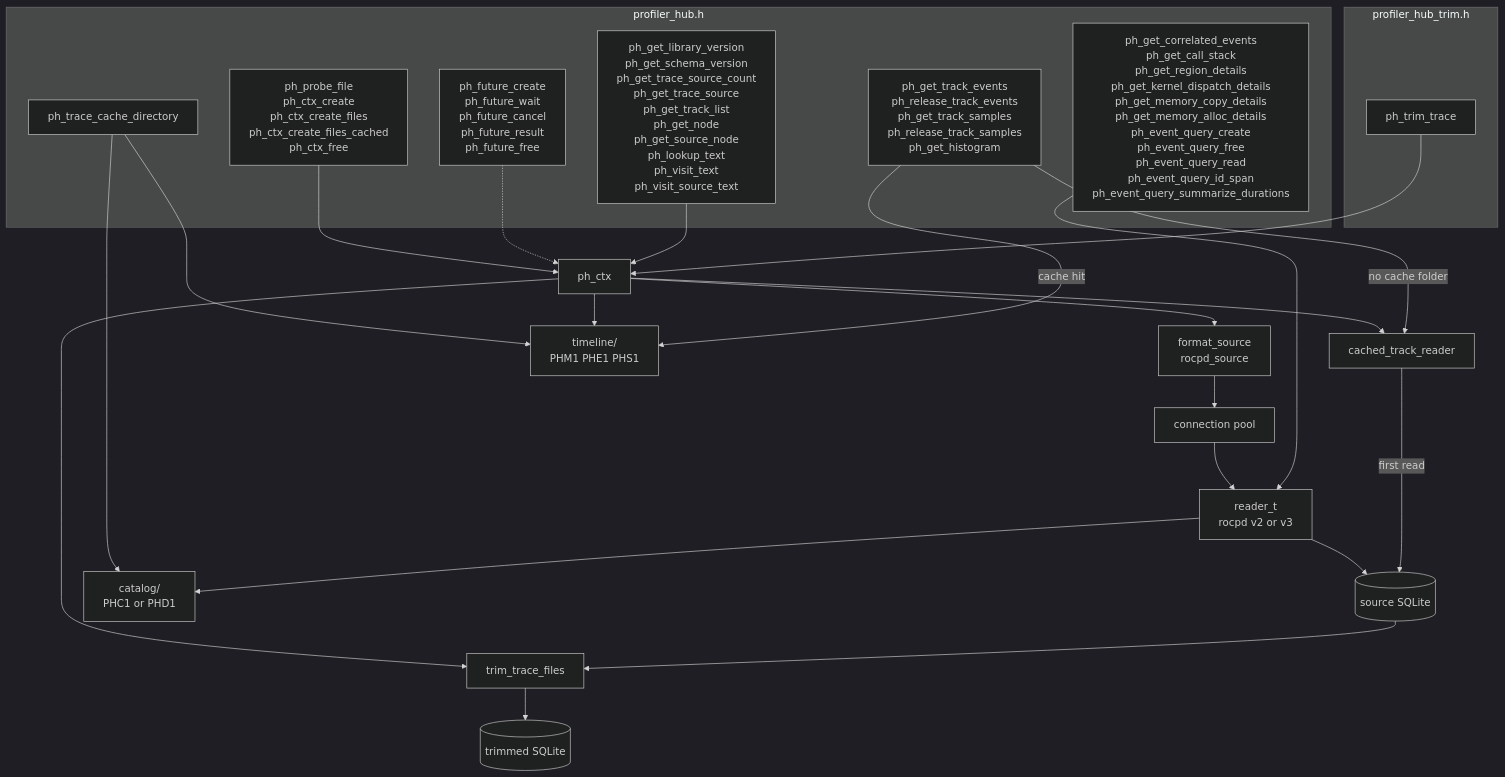
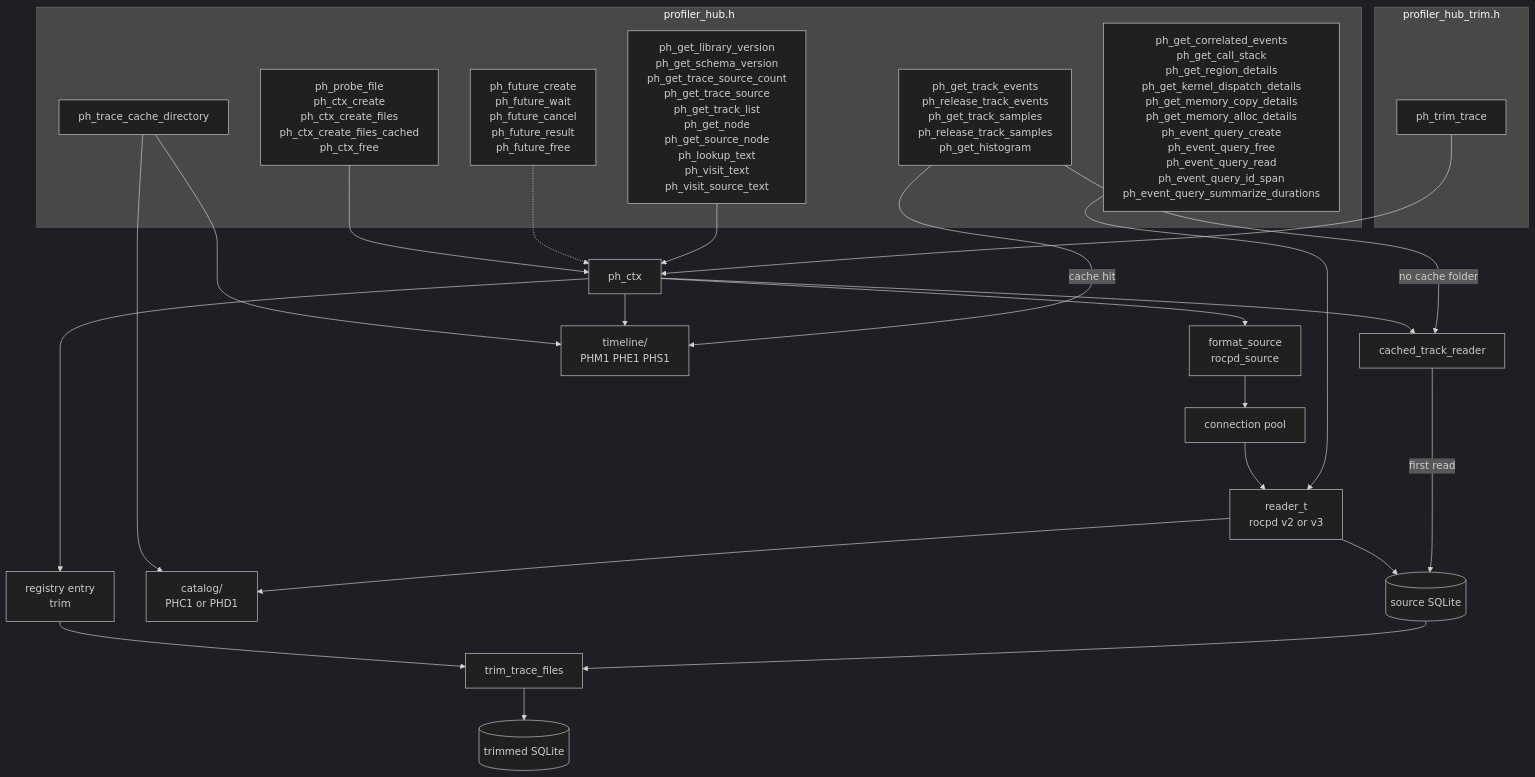
One commit to ROCm/rocm-systems changed the diagram in profilers/profiler-hub/docs/optiq-integration/reader-architecture.md. Above: the diagram before and after it, drawn with Mermaid (dark theme). The commit also changed other lines of this file and 3 other files, not shown here.

First line of the commit message:
docs(profiler-hub): say trim goes through the registry entry

````diff
--- a/profilers/profiler-hub/docs/optiq-integration/reader-architecture.md
+++ b/profilers/profiler-hub/docs/optiq-integration/reader-architecture.md
@@ -18,45 +18,46 @@
 ```mermaid
 flowchart TB
   subgraph reader ["profiler_hub.h"]
     open["ph_probe_file<br/>ph_ctx_create<br/>ph_ctx_create_files<br/>ph_ctx_create_files_cached<br/>ph_ctx_free"]
     hash["ph_trace_cache_directory"]
     future["ph_future_create<br/>ph_future_wait<br/>ph_future_cancel<br/>ph_future_result<br/>ph_future_free"]
     loaded["ph_get_library_version<br/>ph_get_schema_version<br/>ph_get_trace_source_count<br/>ph_get_trace_source<br/>ph_get_track_list<br/>ph_get_node<br/>ph_get_source_node<br/>ph_lookup_text<br/>ph_visit_text<br/>ph_visit_source_text"]
     timeline_api["ph_get_track_events<br/>ph_release_track_events<br/>ph_get_track_samples<br/>ph_release_track_samples<br/>ph_get_histogram"]
     sqlite_api["ph_get_correlated_events<br/>ph_get_call_stack<br/>ph_get_region_details<br/>ph_get_kernel_dispatch_details<br/>ph_get_memory_copy_details<br/>ph_get_memory_alloc_details<br/>ph_event_query_create<br/>ph_event_query_free<br/>ph_event_query_read<br/>ph_event_query_id_span<br/>ph_event_query_summarize_durations"]
   end
 
   subgraph trim_api ["profiler_hub_trim.h"]
     trim["ph_trim_trace"]
   end
 
   ctx["ph_ctx"]
   source["format_source<br/>rocpd_source"]
   pool["connection pool"]
   impl["reader_t<br/>rocpd v2 or v3"]
   mem["cached_track_reader"]
   sql[("source SQLite")]
   catalog["catalog/<br/>PHC1 or PHD1"]
   tl["timeline/<br/>PHM1 PHE1 PHS1"]
+  entry["registry entry<br/>trim"]
   trimmer["trim_trace_files"]
   out[("trimmed SQLite")]
 
   open --> ctx
   hash --> catalog
   hash --> tl
   future -.-> ctx
   loaded --> ctx
   ctx --> source --> pool --> impl --> sql
   impl --> catalog
   ctx --> tl
   ctx --> mem
 
   timeline_api -->|"cache hit"| tl
   timeline_api -->|"no cache folder"| mem
   mem -->|"first read"| sql
   sqlite_api --> impl
 
   trim --> ctx
-  ctx --> trimmer
+  ctx --> entry --> trimmer
   sql --> trimmer --> out
 ```
````
